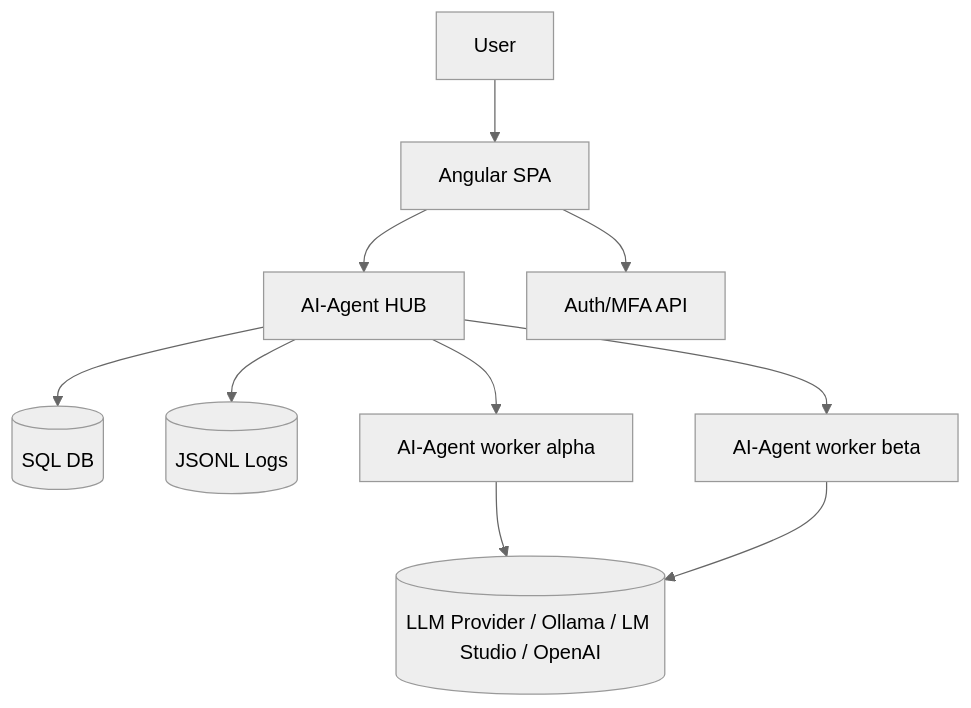
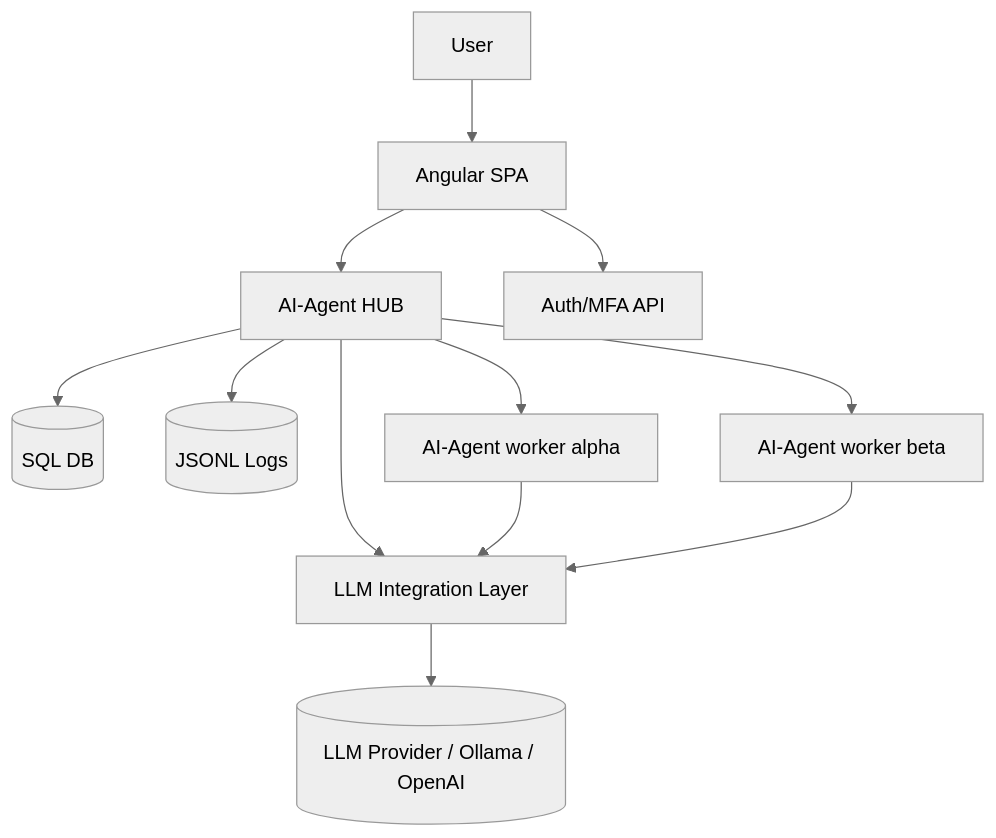
Before and after one commit to ananta888/ananta: the diagram in architektur/uml/system-overview.mmd, drawn with Mermaid (neutral theme). The commit also changed 3 other files, not shown here.

Commit message:
Refactor UML diagrams to integrate a dedicated LLM integration layer, update class structures, and revise todo.json with new bug tracking on LLM retry failures.

```diff
--- a/architektur/uml/system-overview.mmd
+++ b/architektur/uml/system-overview.mmd
@@ -1,20 +1,23 @@
 graph TD
     User[User]
     Angular[Angular SPA]
     Hub[AI-Agent HUB]
     Auth[Auth/MFA API]
     DB[(SQL DB)]
     Logs[(JSONL Logs)]
     A1[AI-Agent worker alpha]
     A2[AI-Agent worker beta]
-    LLM[(LLM Provider / Ollama / LM Studio / OpenAI)]
+    LLM_Layer[LLM Integration Layer]
+    LLM[(LLM Provider / Ollama / OpenAI)]
 
     User --> Angular
     Angular --> Hub
     Angular --> Auth
     Hub --> DB
     Hub --> Logs
     Hub --> A1
     Hub --> A2
-    A1 --> LLM
-    A2 --> LLM
+    Hub --> LLM_Layer
+    A1 --> LLM_Layer
+    A2 --> LLM_Layer
+    LLM_Layer --> LLM
```
